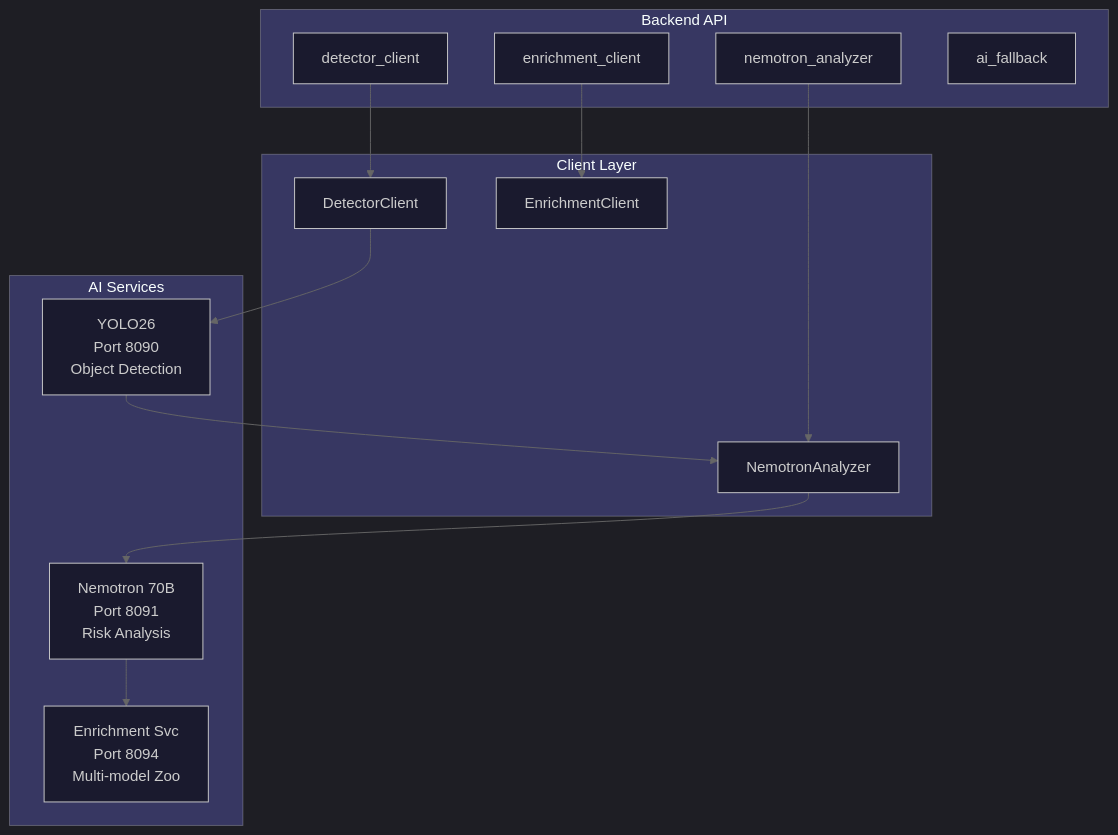
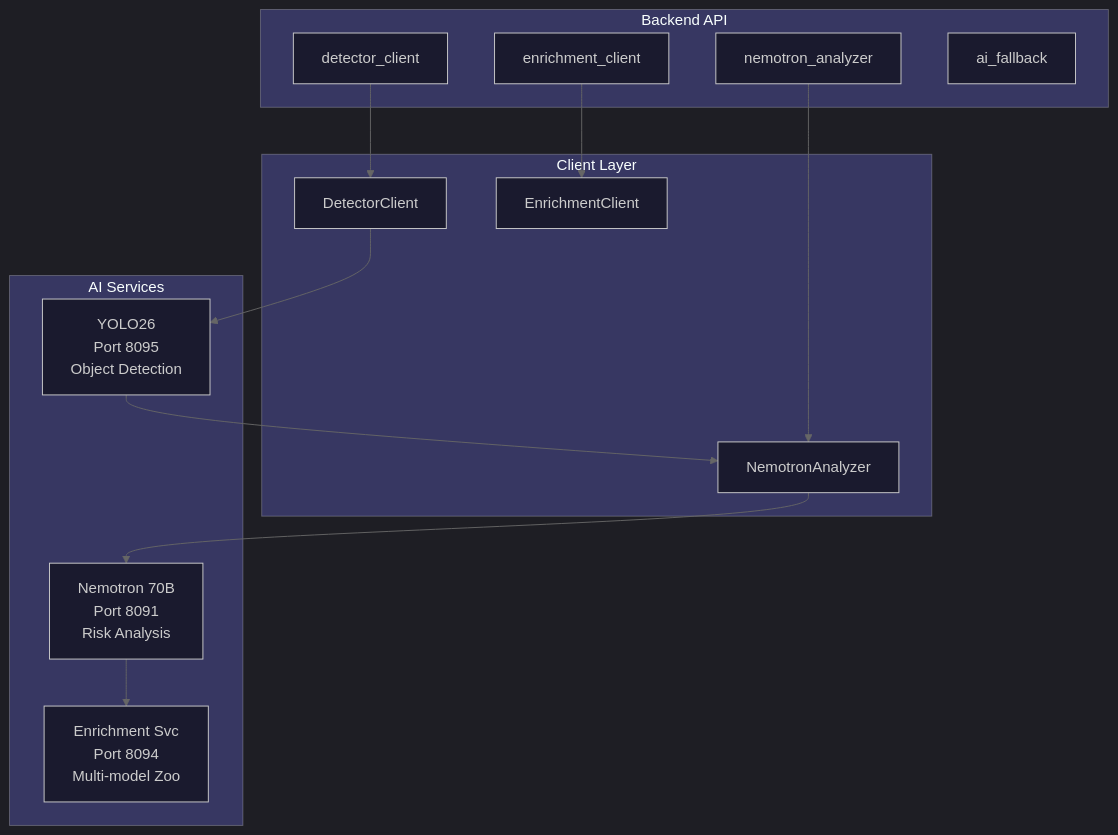
Before and after one commit to mikesvoboda/nemotron-v3-home-security-intelligence: the diagram in docs/architecture/ai-orchestration/README.md, drawn with Mermaid. The commit also changed other lines of this file and 5 other files, not shown here.

````diff
--- a/docs/architecture/ai-orchestration/README.md
+++ b/docs/architecture/ai-orchestration/README.md
@@ -16,43 +16,43 @@
 ```mermaid
 %%{init: {
   'theme': 'dark',
   'themeVariables': {
     'primaryColor': '#3B82F6',
     'primaryTextColor': '#FFFFFF',
     'primaryBorderColor': '#60A5FA',
     'secondaryColor': '#A855F7',
     'tertiaryColor': '#009688',
     'background': '#121212',
     'mainBkg': '#1a1a2e',
     'lineColor': '#666666'
   }
 }}%%
 flowchart TB
     subgraph Backend["Backend API"]
         DC[detector_client]
         NA[nemotron_analyzer]
         EC[enrichment_client]
         AF[ai_fallback]
     end
 
     subgraph Clients["Client Layer"]
         DCL[DetectorClient]
         NAL[NemotronAnalyzer]
         ECL[EnrichmentClient]
     end
 
     subgraph AI["AI Services"]
-        YOLO["YOLO26<br/>Port 8090<br/>Object Detection"]
+        YOLO["YOLO26<br/>Port 8095<br/>Object Detection"]
         NEM["Nemotron 70B<br/>Port 8091<br/>Risk Analysis"]
         ENR["Enrichment Svc<br/>Port 8094<br/>Multi-model Zoo"]
     end
 
     DC --> DCL
     NA --> NAL
     EC --> ECL
 
     DCL --> YOLO
     YOLO --> NAL
     NAL --> NEM
     NEM --> ENR
 ```
````
